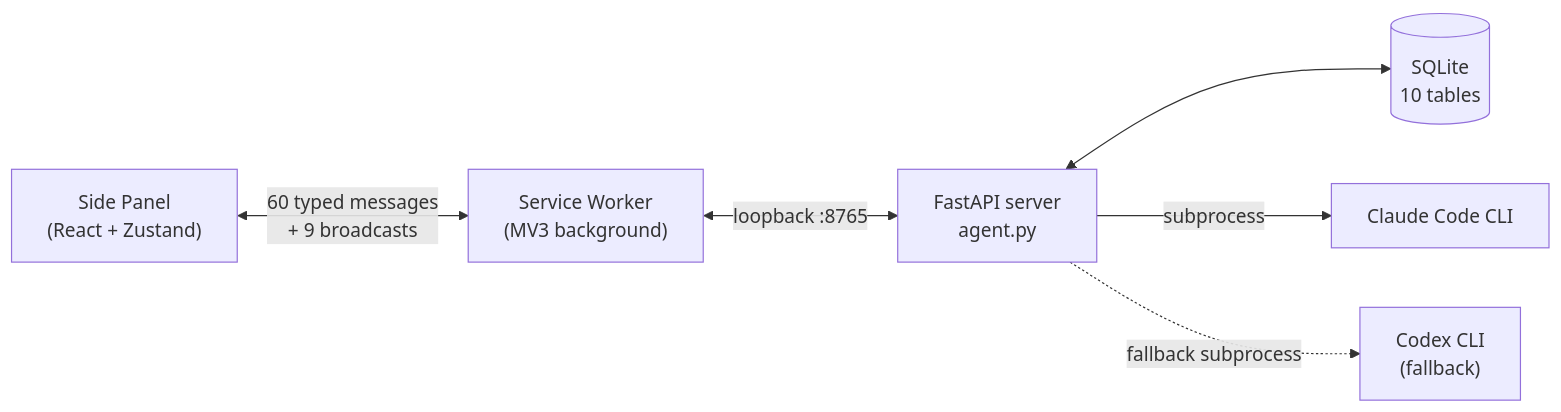
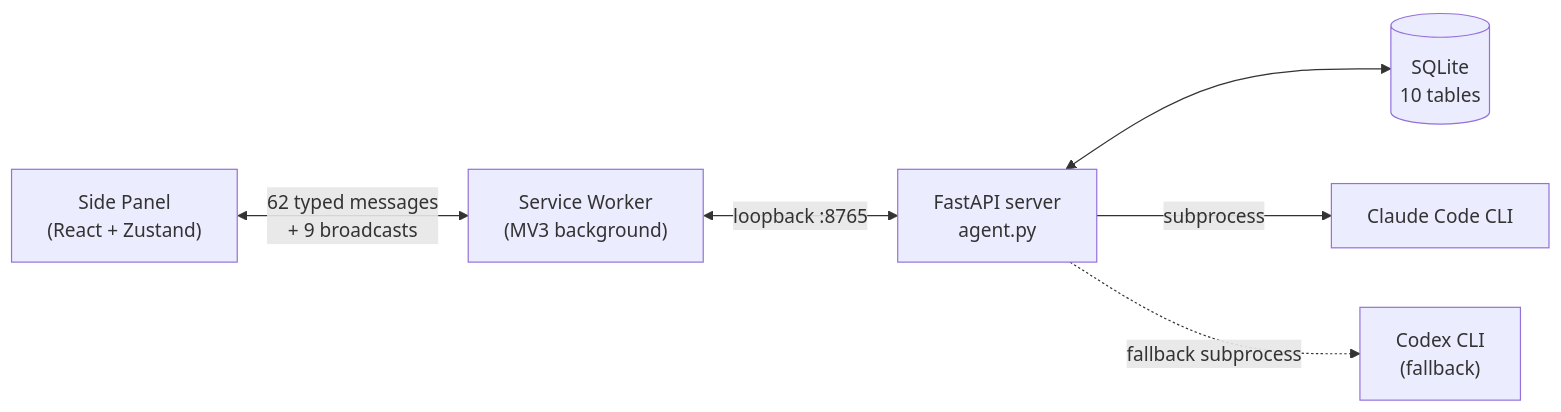
One commit to eiler2005/ai-tab-optimizer changed the diagram in README.md. Above: the diagram before and after it, drawn with Mermaid. The commit also changed other lines of this file and 22 other files, not shown here.

````diff
--- a/README.md
+++ b/README.md
@@ -61,15 +67,15 @@
 ```mermaid
 flowchart LR
   SP["Side Panel<br/>(React + Zustand)"]
   SW["Service Worker<br/>(MV3 background)"]
   Srv["FastAPI server<br/>agent.py"]
   DB[("SQLite<br/>10 tables")]
   CCC["Claude Code CLI"]
   COX["Codex CLI<br/>(fallback)"]
 
-  SP <--> |60 typed messages<br/>+ 9 broadcasts| SW
+  SP <--> |62 typed messages<br/>+ 9 broadcasts| SW
   SW <--> |loopback :8765| Srv
   Srv <--> DB
   Srv --> |subprocess| CCC
   Srv -.-> |fallback subprocess| COX
 ```
````
